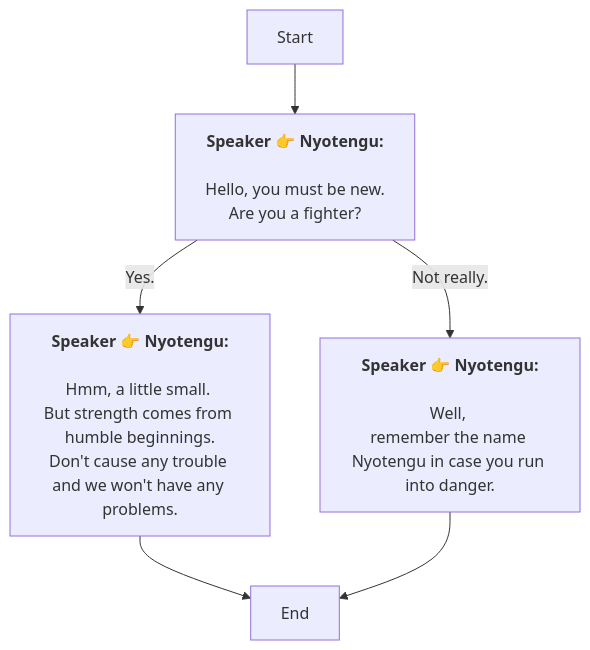
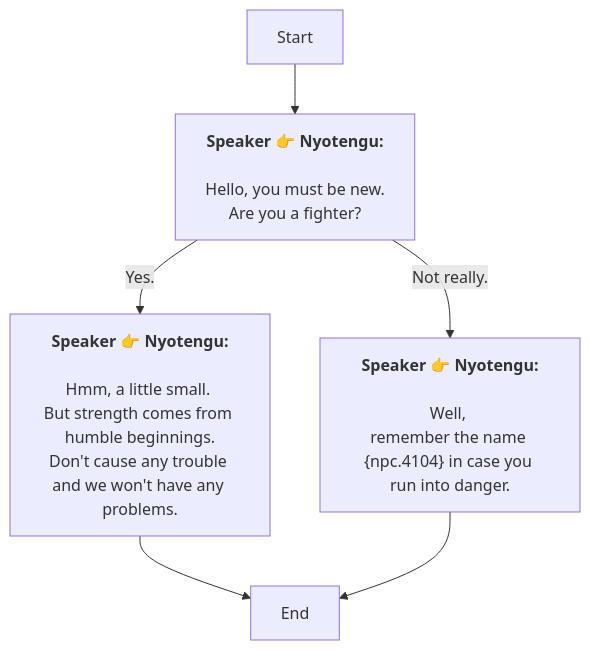
One commit to SoftHu/tos_avg changed the diagram in En/AddDialogNode_1769060204880908.md. Above: the diagram before and after it, drawn with Mermaid. The commit also changed 730 other files, not shown here.

````diff
--- a/En/AddDialogNode_1769060204880908.md
+++ b/En/AddDialogNode_1769060204880908.md
@@ -1,15 +1,15 @@
 ```mermaid
 graph
 Start -->1769060343437327[<b>Speaker 👉 Nyotengu:</b>
 \nHello, you must be new.
 Are you a fighter?]
 1769060343437327 -->|Yes.|1769060375788565[<b>Speaker 👉 Nyotengu:</b>
 \nHmm, a little small. 
 But strength comes from humble beginnings.\nDon't cause any trouble and we won't have any problems.]
 1769060343437327 -->|Not really.|1769060381348886[<b>Speaker 👉 Nyotengu:</b>
 \nWell, 
-remember the name Nyotengu in case you run into danger.]
+remember the name &lbrace;npc.4104&rbrace; in case you run into danger.]
 1769060375788565 -->1769060418972695[End]
 1769060381348886 -->1769060418972695[End]
 
 ```
````
